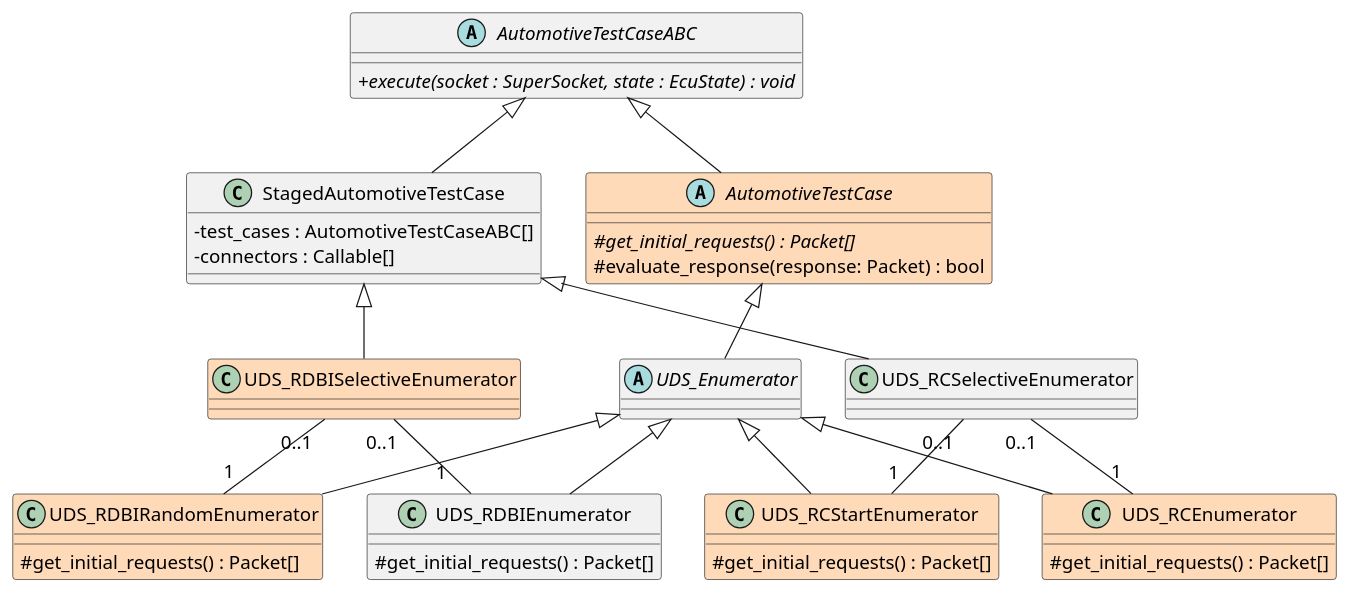
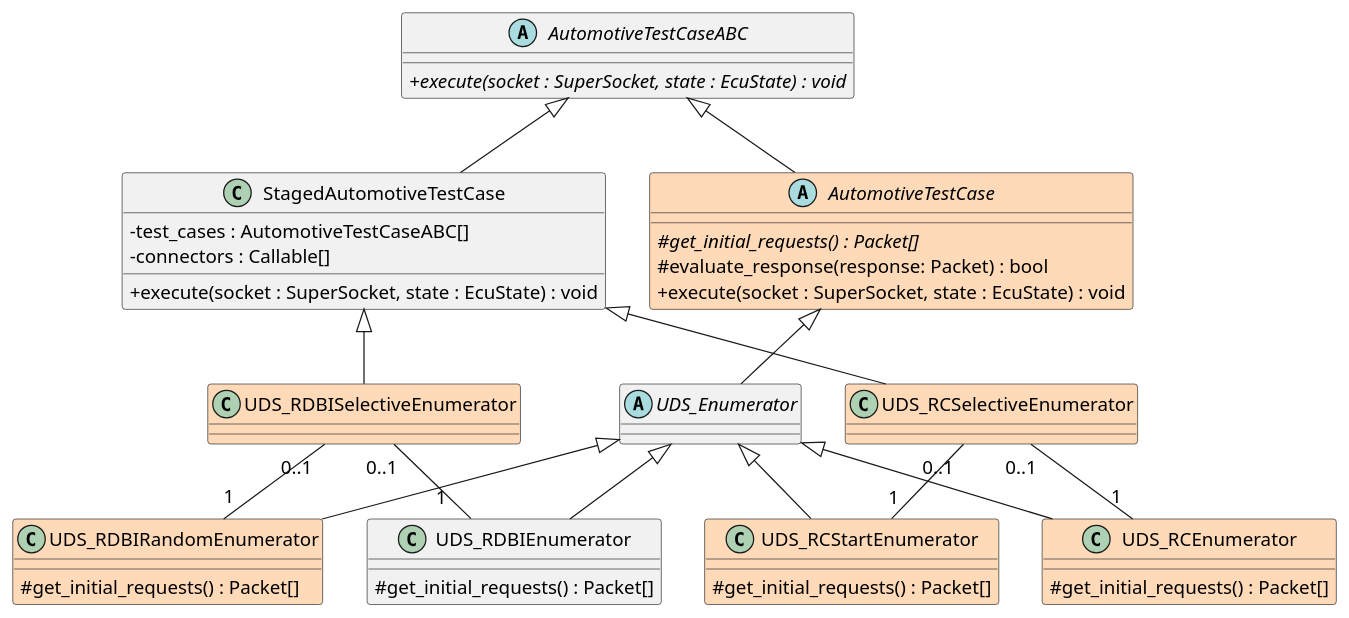
One commit to akorb/bachelor-thesis changed the diagram in images/uml/enumerators.puml. Above: the diagram before and after it, drawn with PlantUML. The commit also changed 1 other file, not shown here.

Commit message:
Make uml diagrams more complete

```diff
--- a/images/uml/enumerators.puml
+++ b/images/uml/enumerators.puml
@@ -1,62 +1,66 @@
 @startuml enumerators
 
 skinparam classAttributeIconSize 0
 skinparam defaultFontSize 15
 
 UDS_RDBISelectiveEnumerator "0..1" -down- "1   " UDS_RDBIEnumerator
 UDS_RDBISelectiveEnumerator "0..1" -down- "1" UDS_RDBIRandomEnumerator
 
 UDS_RCSelectiveEnumerator "0..1" -down- "1" UDS_RCEnumerator
 UDS_RCSelectiveEnumerator "0..1" -down- "1" UDS_RCStartEnumerator
 
 abstract AutomotiveTestCaseABC {
     {abstract} + execute(socket : SuperSocket, state : EcuState) : void
 }
 
 abstract AutomotiveTestCase #back:PeachPuff {
     {abstract} # get_initial_requests() : Packet[]
     # evaluate_response(response: Packet) : bool
+    + execute(socket : SuperSocket, state : EcuState) : void
 }
 
 abstract UDS_Enumerator {
 }
 
 class UDS_RDBISelectiveEnumerator #back:PeachPuff
+
+class UDS_RCSelectiveEnumerator #back:PeachPuff
 
 class UDS_RDBIRandomEnumerator #back:PeachPuff {
     # get_initial_requests() : Packet[]
 }
 
 class UDS_RDBIEnumerator {
     # get_initial_requests() : Packet[]
 }
 
 class UDS_RCEnumerator #back:PeachPuff {
     # get_initial_requests() : Packet[]
 }
 
 class UDS_RCStartEnumerator #back:PeachPuff {
     # get_initial_requests() : Packet[]
 }
 
 class StagedAutomotiveTestCase {
     - test_cases : AutomotiveTestCaseABC[]
     - connectors : Callable[]
+    + execute(socket : SuperSocket, state : EcuState) : void
 }
 
 AutomotiveTestCaseABC <|-- AutomotiveTestCase
 AutomotiveTestCaseABC <|-- StagedAutomotiveTestCase
 
 AutomotiveTestCase <|-- UDS_Enumerator
 
 UDS_Enumerator <|-- UDS_RCEnumerator
 UDS_Enumerator <|-- UDS_RCStartEnumerator
 UDS_Enumerator <|-- UDS_RDBIEnumerator
 UDS_Enumerator <|-- UDS_RDBIRandomEnumerator
 
 StagedAutomotiveTestCase <|-- UDS_RDBISelectiveEnumerator
 StagedAutomotiveTestCase <|-- UDS_RCSelectiveEnumerator
 
 
 
 @enduml
```
